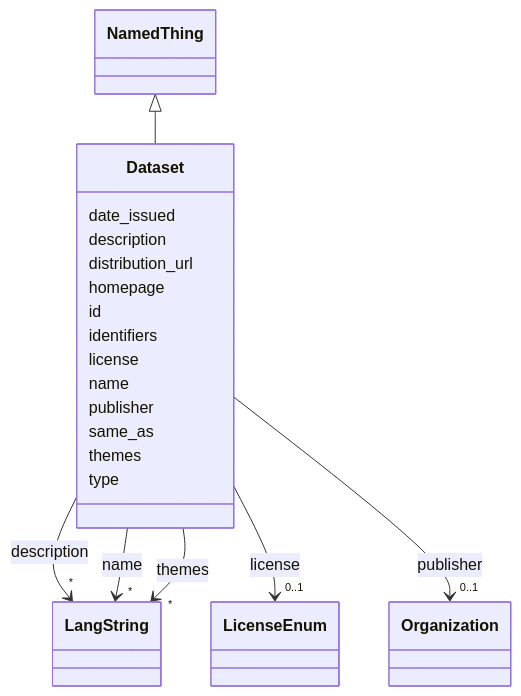
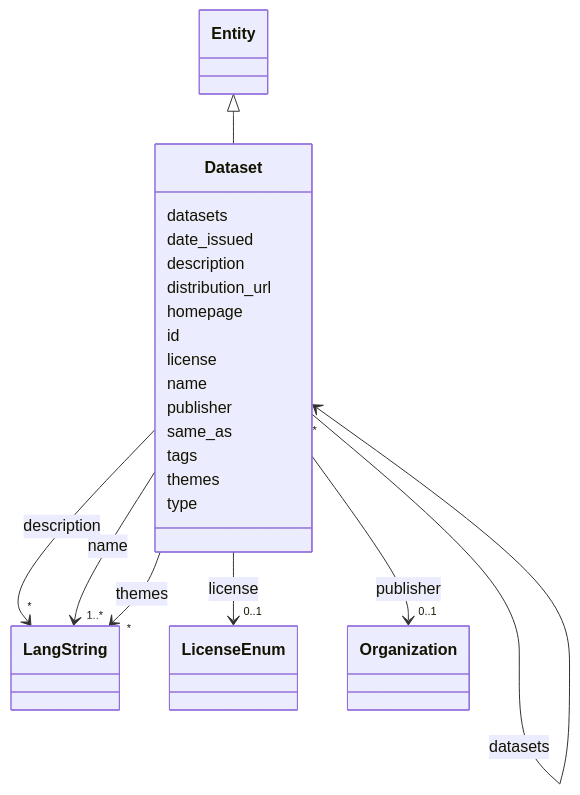
One commit to DARIAH-IL/idhi-manifests changed the diagram in docs/classes/Dataset.md. Above: the diagram before and after it, drawn with Mermaid. The commit also changed other lines of this file and 99 other files, not shown here.

```diff
--- a/docs/classes/Dataset.md
+++ b/docs/classes/Dataset.md
@@ -24,9 +24,20 @@
  classDiagram
     class Dataset
     click Dataset href "../../classes/Dataset/"
-      NamedThing <|-- Dataset
-        click NamedThing href "../../classes/NamedThing/"
+      Entity <|-- Dataset
+        click Entity href "../../classes/Entity/"
       
+      Dataset : datasets
+        
+          
+    
+        
+        
+        Dataset --> "*" Dataset : datasets
+        click Dataset href "../../classes/Dataset/"
+    
+
+        
       Dataset : date_issued
         
       Dataset : description
@@ -46,8 +57,6 @@
         
       Dataset : id
         
-      Dataset : identifiers
-        
       Dataset : license
         
           
@@ -65,7 +74,7 @@
     
         
         
-        Dataset --> "*" LangString : name
+        Dataset --> "1..*" LangString : name
         click LangString href "../../classes/LangString/"
     
 
@@ -83,6 +92,8 @@
         
       Dataset : same_as
         
+      Dataset : tags
+        
       Dataset : themes
         
           
```
